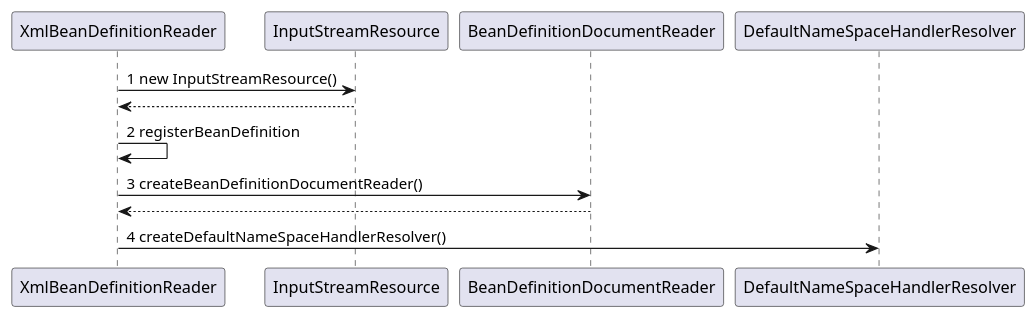
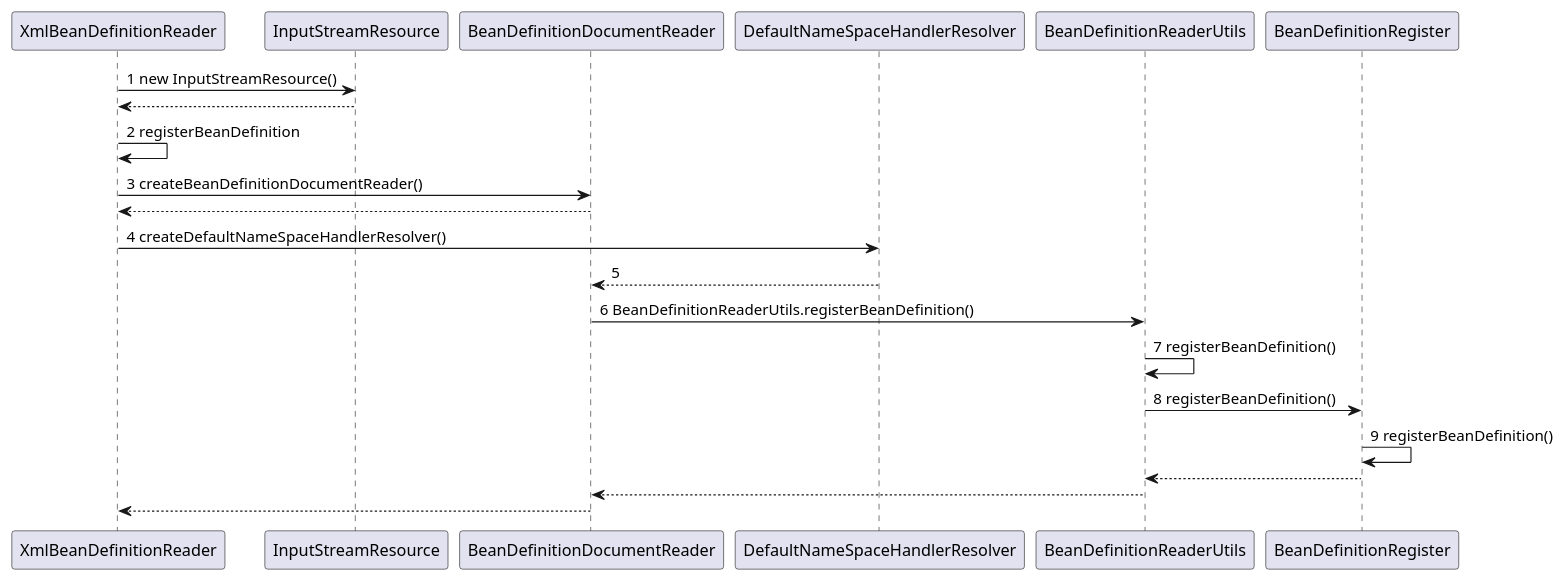
The diagram in src/main/java/com/able/re/springResource/bean/beanRegest.puml (comrelyy/webDemo), drawn with PlantUML before and after one commit.

Commit message:
jdk源码方法测试jdk源码方法测试

```diff
--- a/src/main/java/com/able/re/springResource/bean/beanRegest.puml
+++ b/src/main/java/com/able/re/springResource/bean/beanRegest.puml
@@ -1,13 +1,28 @@
 @startuml
 XmlBeanDefinitionReader -> InputStreamResource: 1 new InputStreamResource()
 InputStreamResource --> XmlBeanDefinitionReader
 
 XmlBeanDefinitionReader -> XmlBeanDefinitionReader : 2 registerBeanDefinition
 
 XmlBeanDefinitionReader -> BeanDefinitionDocumentReader : 3 createBeanDefinitionDocumentReader()
 BeanDefinitionDocumentReader --> XmlBeanDefinitionReader
 
 XmlBeanDefinitionReader -> DefaultNameSpaceHandlerResolver : 4 createDefaultNameSpaceHandlerResolver()
+DefaultNameSpaceHandlerResolver --> BeanDefinitionDocumentReader : 5
+
+BeanDefinitionDocumentReader -> BeanDefinitionReaderUtils : 6 BeanDefinitionReaderUtils.registerBeanDefinition()
+
+BeanDefinitionReaderUtils -> BeanDefinitionReaderUtils : 7 registerBeanDefinition()
+
+BeanDefinitionReaderUtils -> BeanDefinitionRegister : 8 registerBeanDefinition()
+
+BeanDefinitionRegister -> BeanDefinitionRegister : 9 registerBeanDefinition()
+
+BeanDefinitionRegister --> BeanDefinitionReaderUtils
+
+BeanDefinitionReaderUtils --> BeanDefinitionDocumentReader
+
+BeanDefinitionDocumentReader --> XmlBeanDefinitionReader
 
 
 @enduml
```
